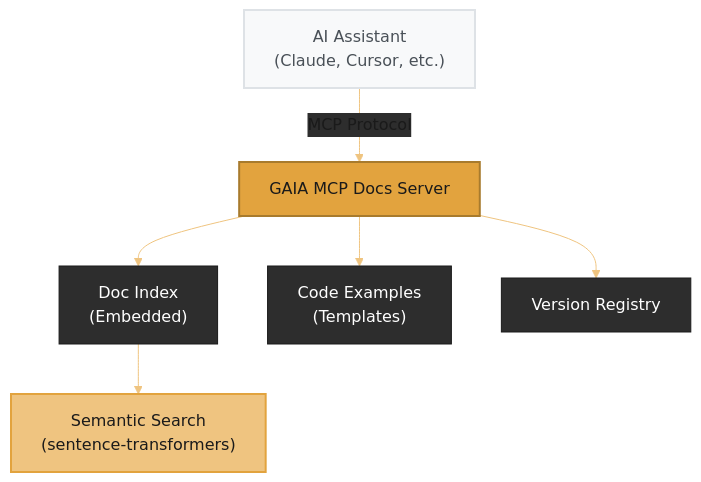
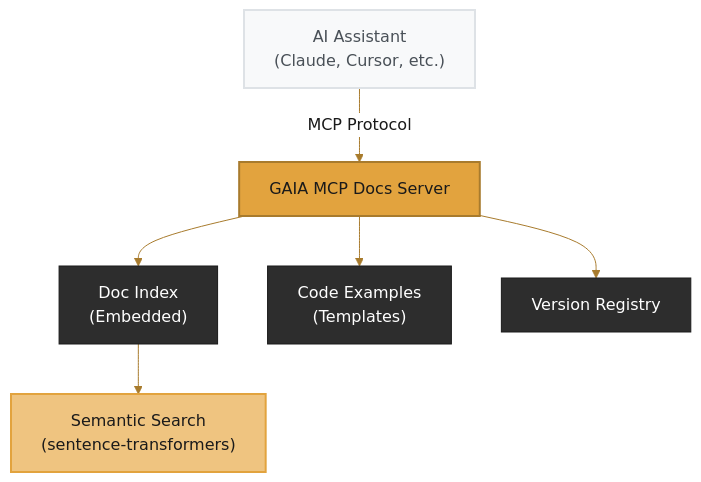
The first of 3 diagrams in docs/plans/mcp-docs.mdx (amd/gaia), drawn with Mermaid before and after one commit. The commit also changed other lines of this file and 20 other files, not shown here.

First line of the commit message:
docs: audit pass 4 — playbooks + roadmap/releases (dark-mode diagrams, links)

````diff
--- a/docs/plans/mcp-docs.mdx
+++ b/docs/plans/mcp-docs.mdx
@@ -196,17 +196,17 @@
 ```mermaid
-%%{init: {'theme':'base', 'themeVariables': { 'primaryColor':'#E2A33E', 'primaryTextColor':'#1a1a1a', 'primaryBorderColor':'#A87B2D', 'lineColor':'#EFC480', 'secondaryColor':'#2d2d2d', 'tertiaryColor':'#f5f5f5', 'fontSize':'16px', 'fontFamily': 'system-ui, -apple-system, sans-serif'}}}%%
+%%{init: {'theme':'base', 'themeVariables': { 'primaryColor':'#E2A33E', 'primaryTextColor':'#1a1a1a', 'primaryBorderColor':'#A87B2D', 'lineColor':'#A87B2D', 'edgeLabelBackground':'#ffffff', 'fontFamily':'system-ui, -apple-system, sans-serif'}}}%%
 graph TD
     A["AI Assistant<br/>(Claude, Cursor, etc.)"] -->|MCP Protocol| B["GAIA MCP Docs Server"]
     B --> C["Doc Index<br/>(Embedded)"]
     B --> D["Code Examples<br/>(Templates)"]
     B --> E["Version Registry"]
 
     C --> F["Semantic Search<br/>(sentence-transformers)"]
 
     style A fill:#f8f9fa,stroke:#dee2e6,stroke-width:2px,color:#495057
     style B fill:#E2A33E,stroke:#A87B2D,stroke-width:2px,color:#1a1a1a
     style C fill:#2d2d2d,stroke:#1a1a1a,stroke-width:1px,color:#fff
     style D fill:#2d2d2d,stroke:#1a1a1a,stroke-width:1px,color:#fff
     style E fill:#2d2d2d,stroke:#1a1a1a,stroke-width:1px,color:#fff
     style F fill:#EFC480,stroke:#E2A33E,stroke-width:2px,color:#1a1a1a
 ```
````
